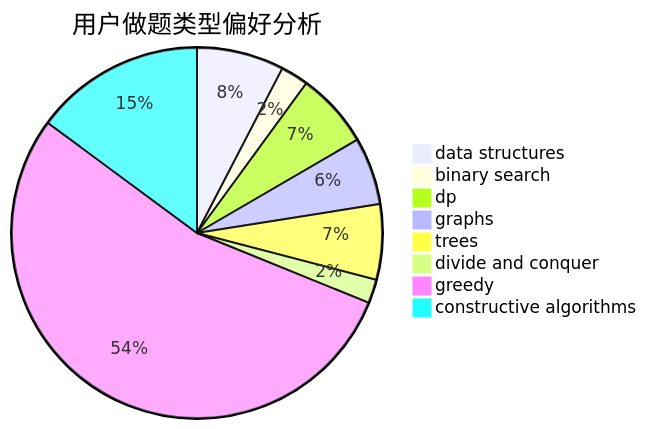
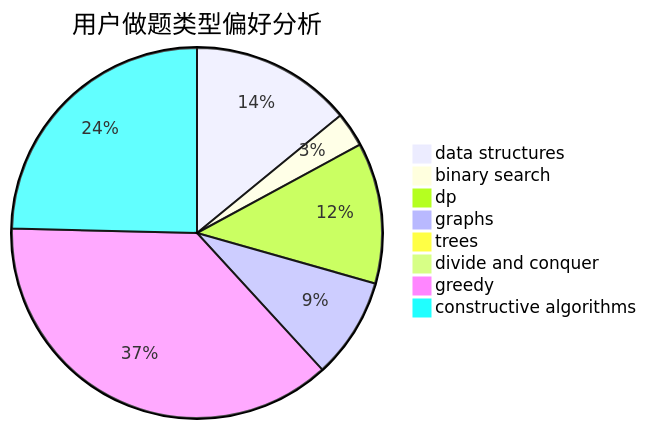
The second of 3 diagrams in docs/user/u725.md (sherpahu/cfrs.github.io), drawn with Mermaid before and after one commit. The commit also changed other lines of this file and 2770 other files, not shown here.

````diff
--- a/docs/user/u725.md
+++ b/docs/user/u725.md
@@ -23,11 +23,11 @@
 ```mermaid
 pie title 用户做题类型偏好分析
-    "data structures" :  22
-    "binary search" :  7
-    "dp" :  19
-    "graphs" :  17
-    "trees" :  19
-    "divide and conquer" :  6
-    "greedy" :  156
-    "constructive algorithms" :  43
+    "data structures" :  56
+    "binary search" :  12
+    "dp" :  49
+    "graphs" :  35
+    "trees" :  4
+    "divide and conquer" :  0
+    "greedy" :  148
+    "constructive algorithms" :  98
 ```
````
